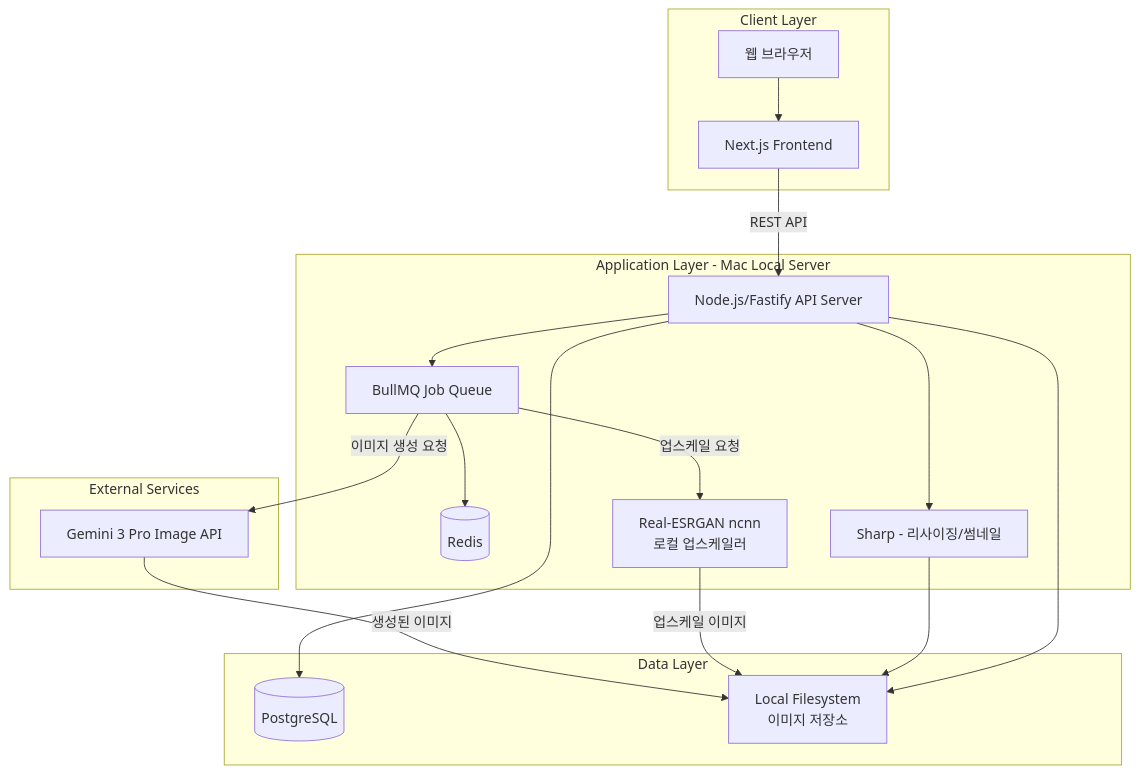
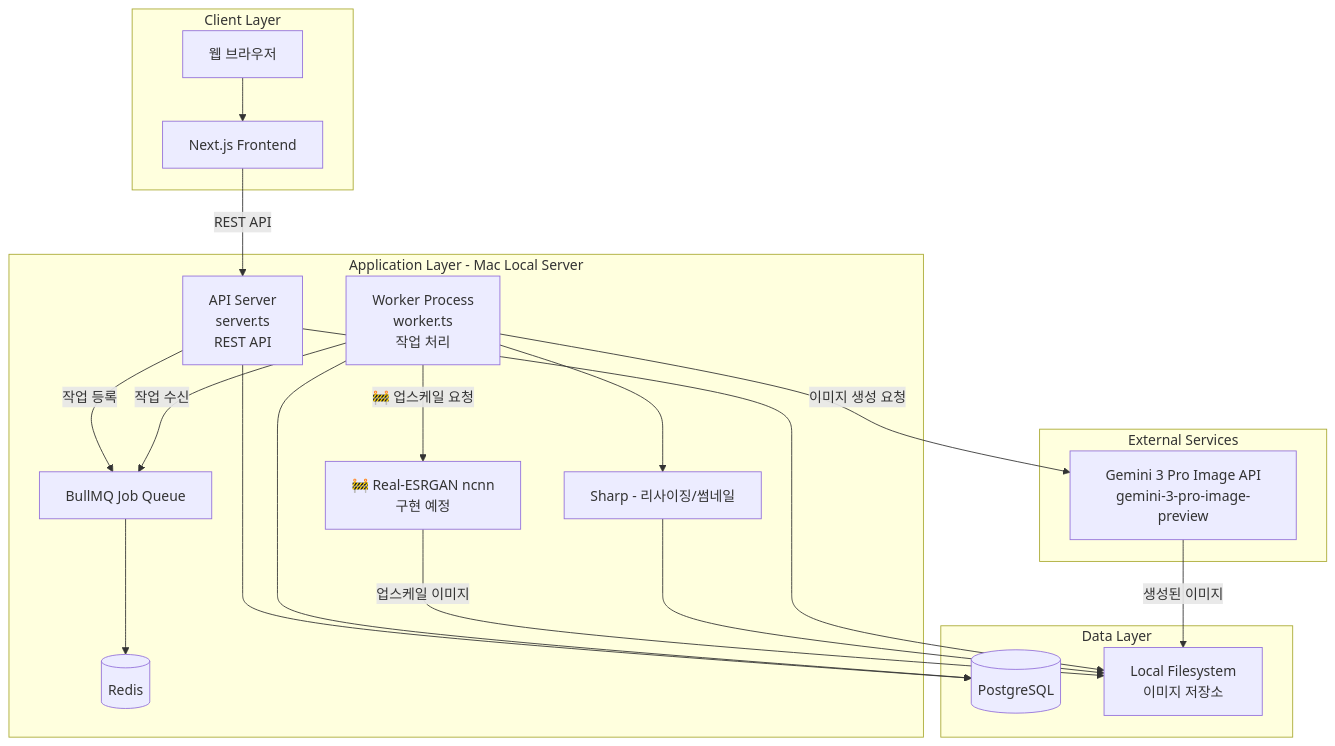
The first of 4 diagrams in docs/TRD.md (sangwopark19/icons-ai-mockup), drawn with Mermaid before and after one commit. The commit also changed other lines of this file and 7 other files, not shown here.

````diff
--- a/docs/TRD.md
+++ b/docs/TRD.md
@@ -18,37 +19,40 @@
 ```mermaid
 flowchart TB
     subgraph client [Client Layer]
         Browser[웹 브라우저]
         NextJS[Next.js Frontend]
     end
-    
+
     subgraph server [Application Layer - Mac Local Server]
-        API[Node.js/Fastify API Server]
+        API[API Server<br/>server.ts<br/>REST API]
+        Worker[Worker Process<br/>worker.ts<br/>작업 처리]
         Queue[BullMQ Job Queue]
         Redis[(Redis)]
         Sharp[Sharp - 리사이징/썸네일]
-        ESRGAN[Real-ESRGAN ncnn<br/>로컬 업스케일러]
+        ESRGAN[🚧 Real-ESRGAN ncnn<br/>구현 예정]
     end
-    
+
     subgraph external [External Services]
-        Gemini[Gemini 3 Pro Image API]
+        Gemini[Gemini 3 Pro Image API<br/>gemini-3-pro-image-preview]
     end
-    
+
     subgraph storage [Data Layer]
         DB[(PostgreSQL)]
         FS[Local Filesystem<br/>이미지 저장소]
     end
-    
+
     Browser --> NextJS
     NextJS -->|REST API| API
-    API --> Queue
+    API -->|작업 등록| Queue
     Queue --> Redis
-    Queue -->|이미지 생성 요청| Gemini
-    Queue -->|업스케일 요청| ESRGAN
+    Worker -->|작업 수신| Queue
+    Worker -->|이미지 생성 요청| Gemini
+    Worker -->|🚧 업스케일 요청| ESRGAN
     Gemini -->|생성된 이미지| FS
     ESRGAN -->|업스케일 이미지| FS
     API --> DB
-    API --> Sharp
+    Worker --> DB
+    Worker --> Sharp
     Sharp --> FS
     API --> FS
 ```
````
